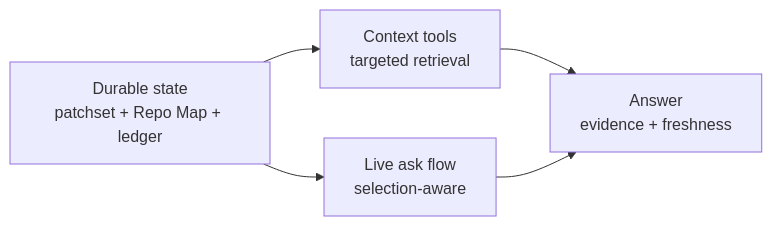
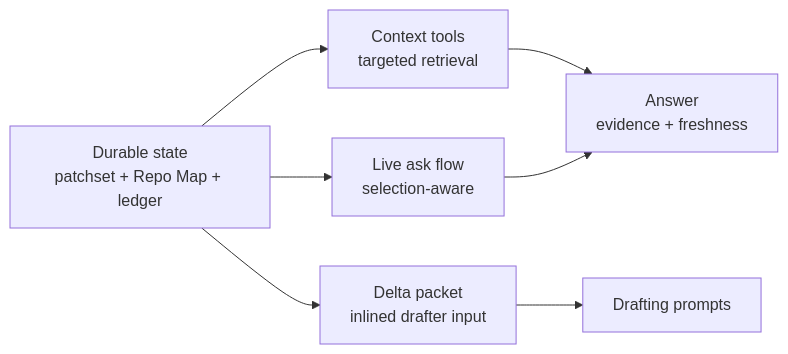
Before and after one commit to rbutera/Rennet: the diagram in docs/developing/concepts/context-assembly.md, drawn with Mermaid. The commit also changed other lines of this file and 1 other file, not shown here.

Commit message:
docs(concepts): context-assembly — the Delta packet is the drafters inlined input, sweep clean (no stale path rows found) — box 5.2

````diff
--- a/docs/developing/concepts/context-assembly.md
+++ b/docs/developing/concepts/context-assembly.md
@@ -10,10 +10,13 @@
 ```mermaid
 flowchart LR
   stores["Durable state<br/>patchset + Repo Map + ledger"]
   tools["Context tools<br/>targeted retrieval"]
   ask["Live ask flow<br/>selection-aware"]
+  packet["Delta packet<br/>inlined drafter input"]
   answer["Answer<br/>evidence + freshness"]
+  prompts["Drafting prompts"]
 
   stores --> tools --> answer
   stores --> ask --> answer
+  stores --> packet --> prompts
 ```
````
